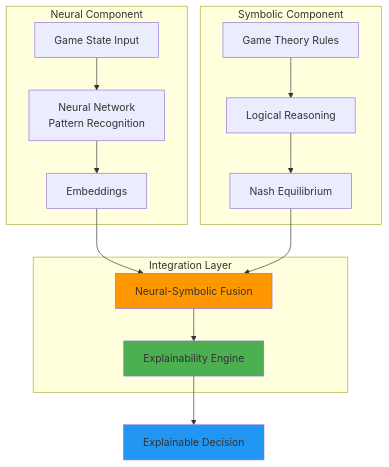
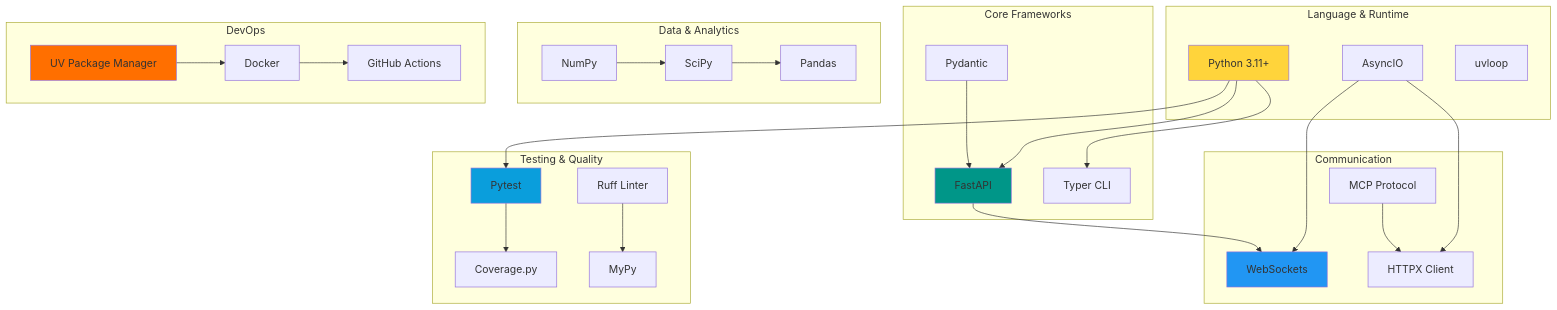
Before and after one commit to fouada/Assignment7_mcp-multi-agent-game: the ninth of 18 diagrams in README.md, drawn with Mermaid. The commit also changed other lines of this file and 3 other files, not shown here.

````diff
--- a/README.md
+++ b/README.md
@@ -374,34 +581,63 @@
 ```mermaid
 graph TB
-    subgraph "Neural Component"
-        INPUT[Game State Input]
-        NN[Neural Network<br/>Pattern Recognition]
-        EMB[Embeddings]
+    subgraph "Language & Runtime"
+        PYTHON[Python 3.11+]
+        ASYNCIO[AsyncIO]
+        UVLOOP[uvloop]
     end
 
-    subgraph "Symbolic Component"
-        RULES[Game Theory Rules]
-        LOGIC[Logical Reasoning]
-        NASH[Nash Equilibrium]
+    subgraph "Core Frameworks"
+        FASTAPI[FastAPI]
+        TYPER[Typer CLI]
+        PYDANTIC[Pydantic]
     end
 
-    subgraph "Integration Layer"
-        FUSION[Neural-Symbolic Fusion]
-        EXPLAIN[Explainability Engine]
+    subgraph "Communication"
+        WS[WebSockets]
+        HTTPX[HTTPX Client]
+        MCP_PROTO[MCP Protocol]
     end
 
-    INPUT --> NN
-    NN --> EMB
-    EMB --> FUSION
+    subgraph "Data & Analytics"
+        NUMPY[NumPy]
+        SCIPY[SciPy]
+        PANDAS[Pandas]
+    end
 
-    RULES --> LOGIC
-    LOGIC --> NASH
-    NASH --> FUSION
+    subgraph "Testing & Quality"
+        PYTEST[Pytest]
+        COVERAGE[Coverage.py]
+        RUFF[Ruff Linter]
+        MYPY[MyPy]
+    end
 
-    FUSION --> EXPLAIN
-    EXPLAIN --> DECISION[Explainable Decision]
+    subgraph "DevOps"
+        UV[UV Package Manager]
+        DOCKER[Docker]
+        GITHUB[GitHub Actions]
+    end
 
-    style FUSION fill:#FF9800
-    style EXPLAIN fill:#4CAF50
-    style DECISION fill:#2196F3
+    PYTHON --> FASTAPI
+    PYTHON --> TYPER
+    PYTHON --> PYTEST
+    ASYNCIO --> WS
+    ASYNCIO --> HTTPX
+    FASTAPI --> WS
+    PYDANTIC --> FASTAPI
+    MCP_PROTO --> HTTPX
+    
+    NUMPY --> SCIPY
+    SCIPY --> PANDAS
+    
+    PYTEST --> COVERAGE
+    RUFF --> MYPY
+    
+    UV --> DOCKER
+    DOCKER --> GITHUB
+
+    style PYTHON fill:#FFD43B
+    style FASTAPI fill:#009688
+    style WS fill:#2196F3
+    style PYTEST fill:#0A9EDC
+    style UV fill:#FF6F00
 ```
````
